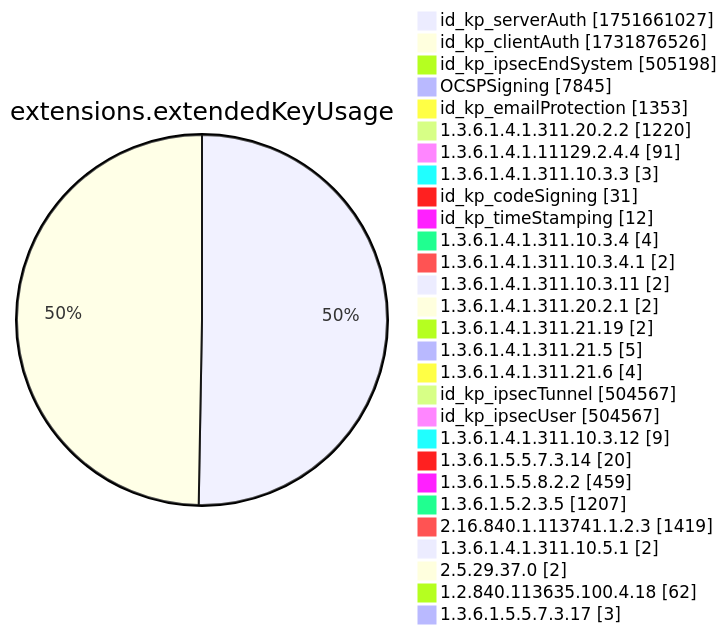
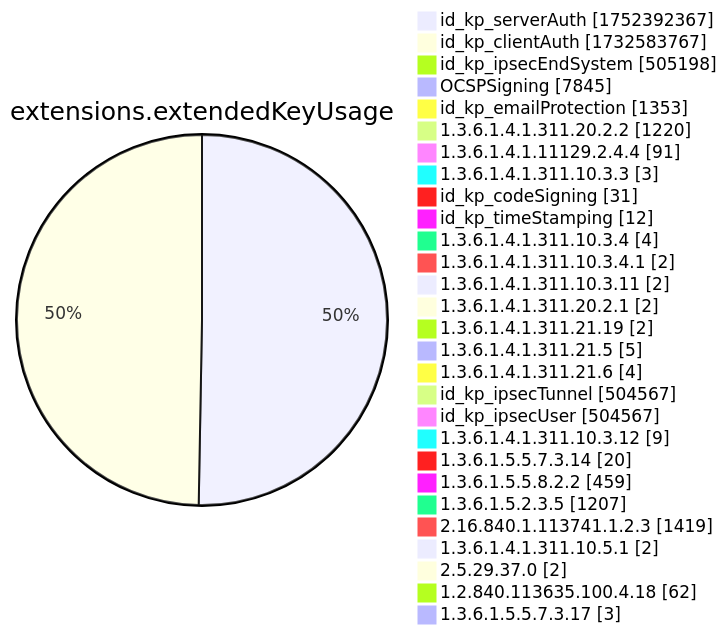
Diagram 12 of 15 in xenon2022/README.md (christiankrug/ctmonitor_visualization), drawn with Mermaid before and after one commit. The commit also changed other lines of this file, not shown here.

````diff
--- a/xenon2022/README.md
+++ b/xenon2022/README.md
@@ -3892,32 +3892,32 @@
 ```mermaid
 pie showData
 title extensions.extendedKeyUsage
-"id_kp_serverAuth" :1751661027
-"id_kp_clientAuth" :1731876526
+"id_kp_serverAuth" :1752392367
+"id_kp_clientAuth" :1732583767
 "id_kp_ipsecEndSystem" :505198
 "OCSPSigning" :7845
 "id_kp_emailProtection" :1353
 "1.3.6.1.4.1.311.20.2.2" :1220
 "1.3.6.1.4.1.11129.2.4.4" :91
 "1.3.6.1.4.1.311.10.3.3" :3
 "id_kp_codeSigning" :31
 "id_kp_timeStamping" :12
 "1.3.6.1.4.1.311.10.3.4" :4
 "1.3.6.1.4.1.311.10.3.4.1" :2
 "1.3.6.1.4.1.311.10.3.11" :2
 "1.3.6.1.4.1.311.20.2.1" :2
 "1.3.6.1.4.1.311.21.19" :2
 "1.3.6.1.4.1.311.21.5" :5
 "1.3.6.1.4.1.311.21.6" :4
 "id_kp_ipsecTunnel" :504567
 "id_kp_ipsecUser" :504567
 "1.3.6.1.4.1.311.10.3.12" :9
 "1.3.6.1.5.5.7.3.14" :20
 "1.3.6.1.5.5.8.2.2" :459
 "1.3.6.1.5.2.3.5" :1207
 "2.16.840.1.113741.1.2.3" :1419
 "1.3.6.1.4.1.311.10.5.1" :2
 "2.5.29.37.0" :2
 "1.2.840.113635.100.4.18" :62
 "1.3.6.1.5.5.7.3.17" :3
 ```
````
